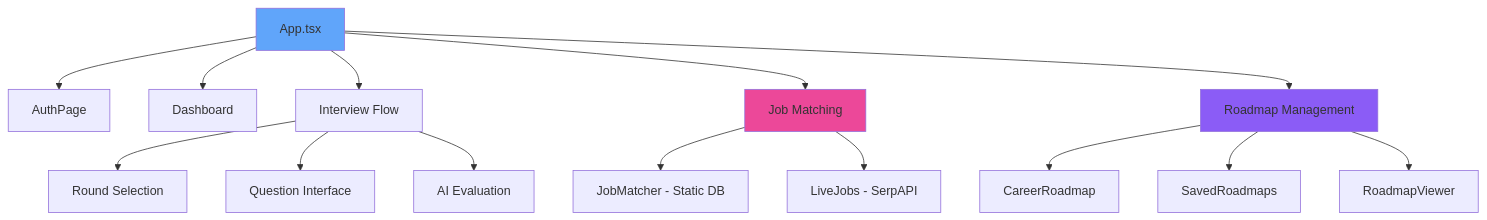
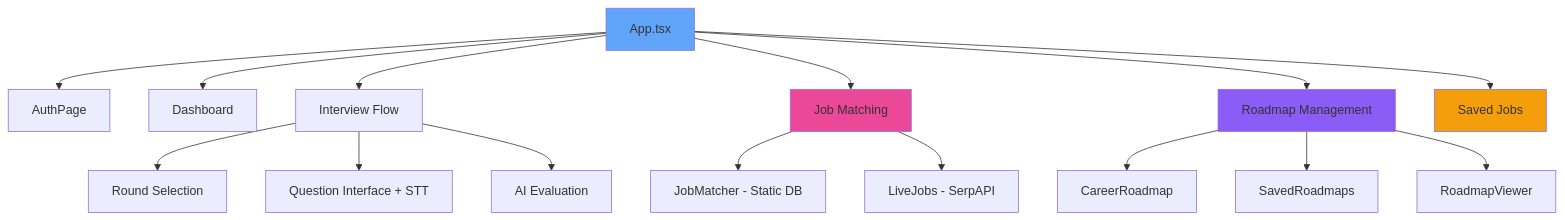
One commit to Harihkvent/ai-interview-app changed the first of 2 diagrams in PROJECT_REVIEW_DOCUMENT.md. Above: the diagram before and after it, drawn with Mermaid. The commit also changed other lines of this file and 2 other files, not shown here.

````diff
--- a/PROJECT_REVIEW_DOCUMENT.md
+++ b/PROJECT_REVIEW_DOCUMENT.md
@@ -52,23 +53,25 @@
 ```mermaid
 graph TB
     A[App.tsx] --> B[AuthPage]
     A --> C[Dashboard]
     A --> D[Interview Flow]
     A --> E[Job Matching]
     A --> F[Roadmap Management]
+    A --> G[Saved Jobs]
 
     E --> E1[JobMatcher - Static DB]
     E --> E2[LiveJobs - SerpAPI]
 
     F --> F1[CareerRoadmap]
     F --> F2[SavedRoadmaps]
     F --> F3[RoadmapViewer]
 
     D --> D1[Round Selection]
-    D --> D2[Question Interface]
+    D --> D2[Question Interface + STT]
     D --> D3[AI Evaluation]
 
     style A fill:#60A5FA
     style E fill:#EC4899
     style F fill:#8B5CF6
+    style G fill:#F59E0B
 ```
````
